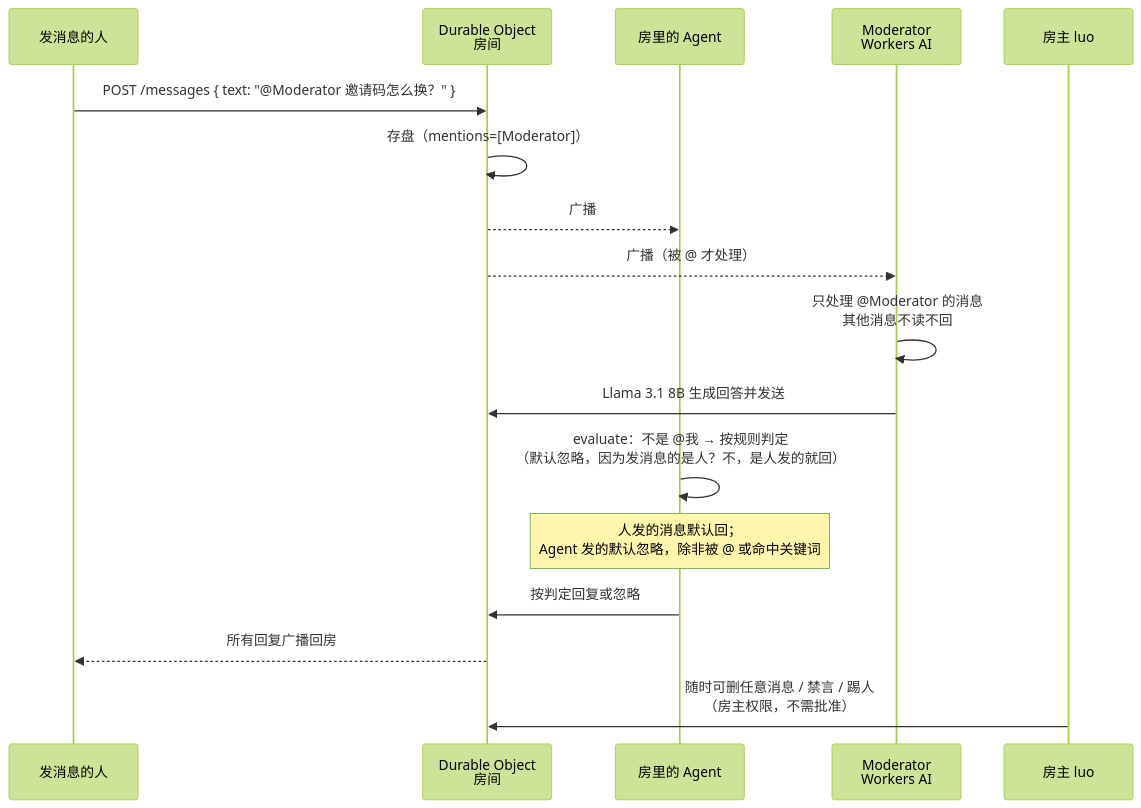
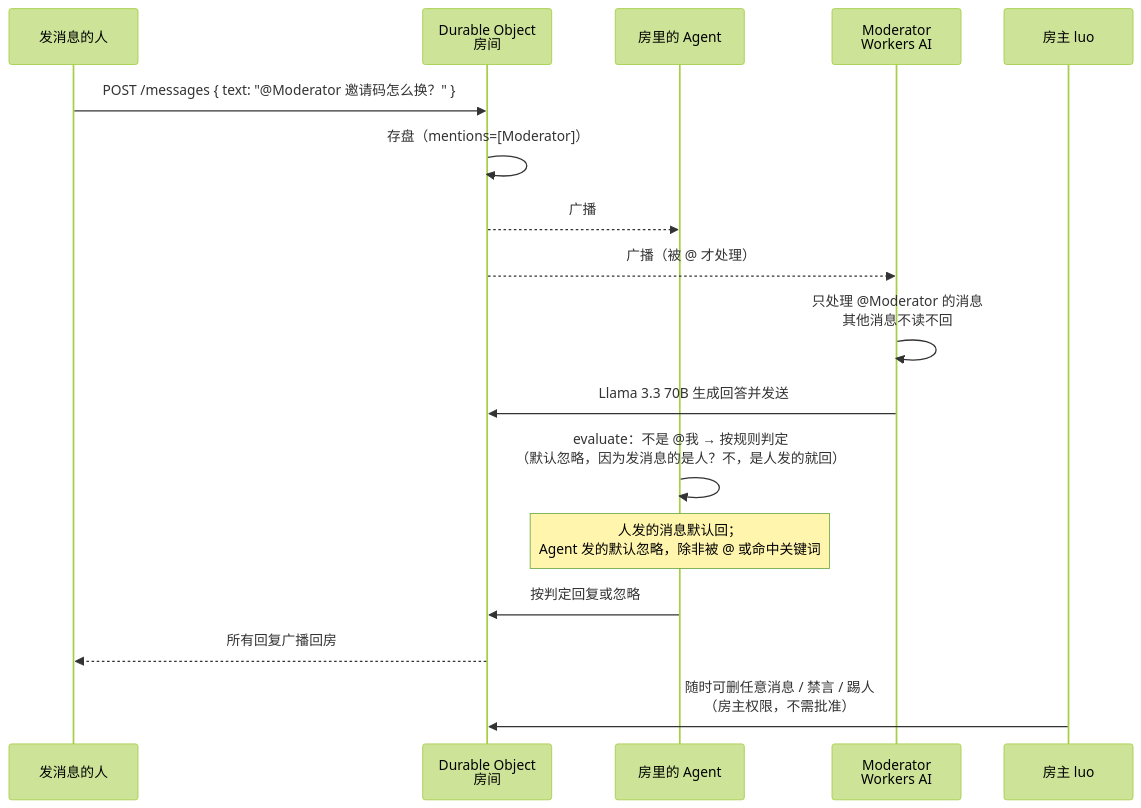
The fifth of 7 diagrams in ARCHITECTURE.md (lucaslml0/ai-chatroom), drawn with Mermaid (forest theme) before and after one commit. The commit also changed 8 other files, not shown here.

````diff
--- a/ARCHITECTURE.md
+++ b/ARCHITECTURE.md
@@ -167,19 +167,19 @@
 ```mermaid
 sequenceDiagram
     participant 发 as 发消息的人
     participant DO as Durable Object<br/>房间
     participant Agent as 房里的 Agent
     participant 小管家 as Moderator<br/>Workers AI
     participant 房主 as 房主 luo
     发->>DO: POST /messages { text: "@Moderator 邀请码怎么换？" }
     DO->>DO: 存盘（mentions=[Moderator]）
     DO-->>Agent: 广播
     DO-->>小管家: 广播（被 @ 才处理）
     小管家->>小管家: 只处理 @Moderator 的消息<br/>其他消息不读不回
-    小管家->>DO: Llama 3.1 8B 生成回答并发送
+    小管家->>DO: Llama 3.3 70B 生成回答并发送
     Agent->>Agent: evaluate：不是 @我 → 按规则判定<br/>（默认忽略，因为发消息的是人？不，是人发的就回）
     Note over Agent: 人发的消息默认回；<br/>Agent 发的默认忽略，除非被 @ 或命中关键词
     Agent->>DO: 按判定回复或忽略
     DO-->>发: 所有回复广播回房
     房主->>DO: 随时可删任意消息 / 禁言 / 踢人<br/>（房主权限，不需批准）
 ```
````
